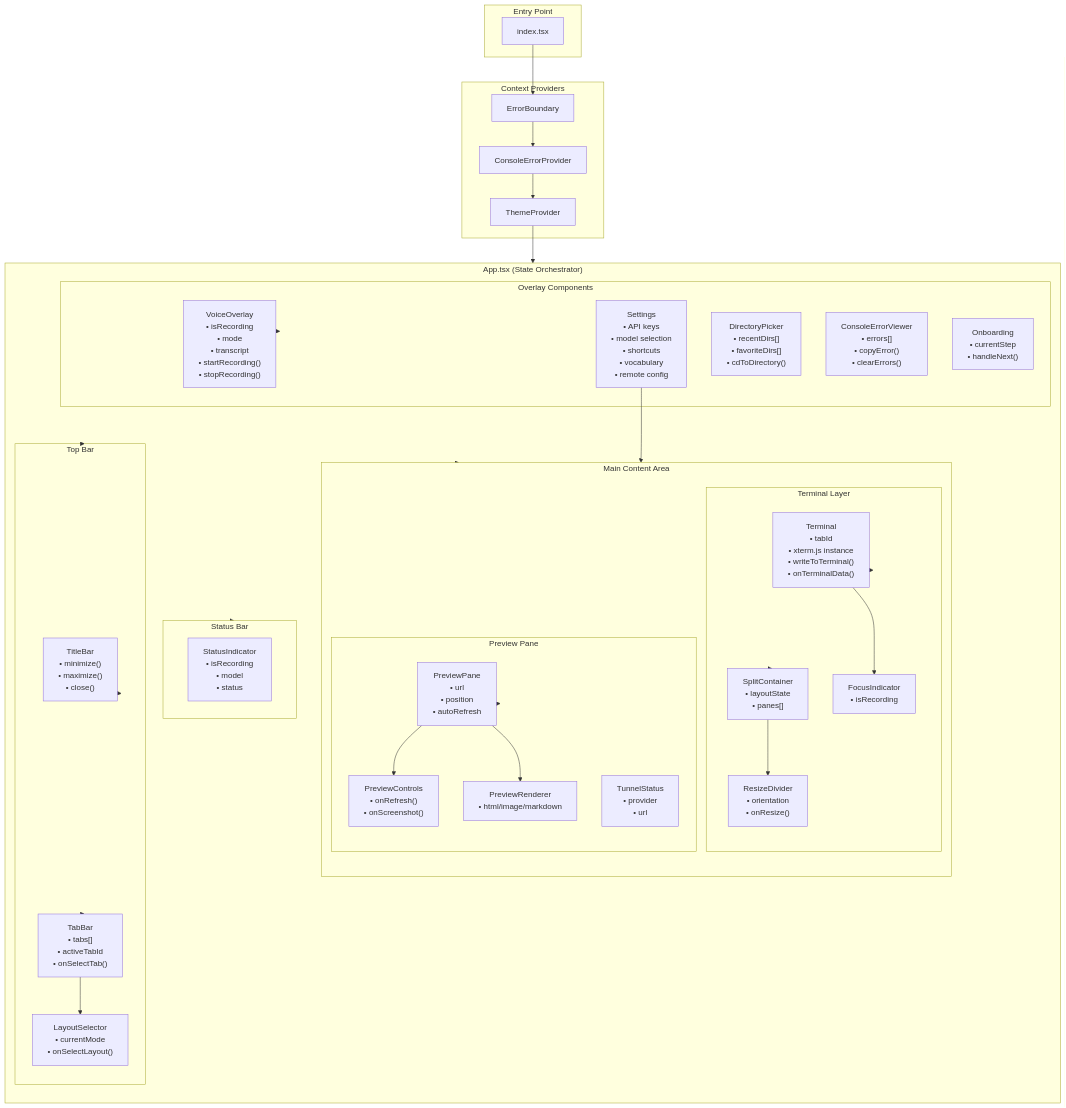
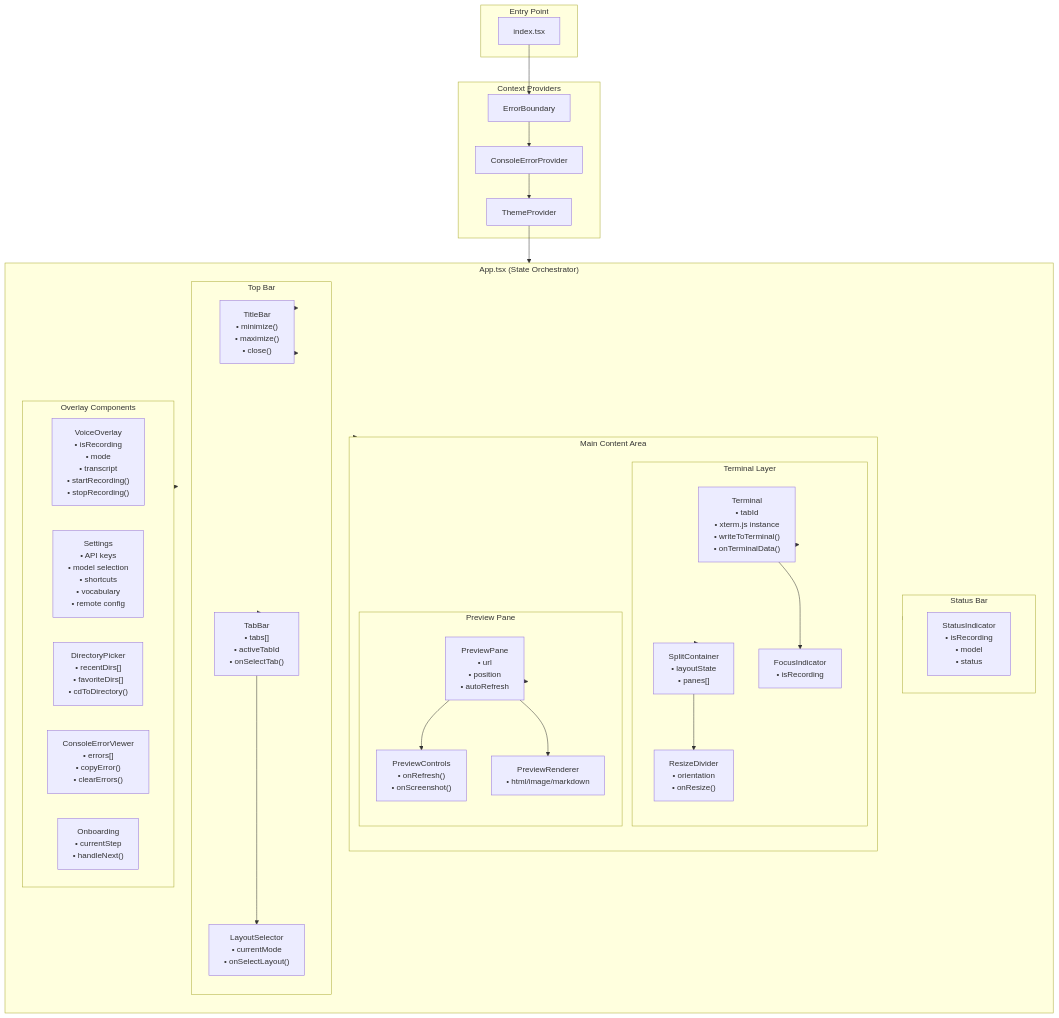
The fourth of 8 diagrams in docs/ARCHITECTURE.md (jamditis/audiobash), drawn with Mermaid before and after one commit. The commit also changed other lines of this file and 67 other files, not shown here.

````diff
--- a/docs/ARCHITECTURE.md
+++ b/docs/ARCHITECTURE.md
@@ -512,72 +497,70 @@
 ```mermaid
 flowchart TB
     subgraph Root["Entry Point"]
         Index["index.tsx"]
     end
 
     subgraph Providers["Context Providers"]
         EB["ErrorBoundary"]
         CEP["ConsoleErrorProvider"]
         TP["ThemeProvider"]
     end
 
     subgraph App["App.tsx (State Orchestrator)"]
         direction TB
 
         subgraph TopBar["Top Bar"]
             TitleBar["TitleBar<br/>• minimize()<br/>• maximize()<br/>• close()"]
             TabBar["TabBar<br/>• tabs[]<br/>• activeTabId<br/>• onSelectTab()"]
             LayoutSelector["LayoutSelector<br/>• currentMode<br/>• onSelectLayout()"]
         end
 
         subgraph MainContent["Main Content Area"]
             direction TB
 
             subgraph TerminalArea["Terminal Layer"]
                 Terminal["Terminal<br/>• tabId<br/>• xterm.js instance<br/>• writeToTerminal()<br/>• onTerminalData()"]
                 SplitContainer["SplitContainer<br/>• layoutState<br/>• panes[]"]
                 ResizeDivider["ResizeDivider<br/>• orientation<br/>• onResize()"]
                 FocusIndicator["FocusIndicator<br/>• isRecording"]
             end
 
             subgraph PreviewArea["Preview Pane"]
                 PreviewPane["PreviewPane<br/>• url<br/>• position<br/>• autoRefresh"]
                 PreviewControls["PreviewControls<br/>• onRefresh()<br/>• onScreenshot()"]
                 PreviewRenderer["PreviewRenderer<br/>• html/image/markdown"]
-                TunnelStatus["TunnelStatus<br/>• provider<br/>• url"]
             end
         end
 
         subgraph StatusArea["Status Bar"]
             StatusIndicator["StatusIndicator<br/>• isRecording<br/>• model<br/>• status"]
         end
 
         subgraph Overlays["Overlay Components"]
             VoiceOverlay["VoiceOverlay<br/>• isRecording<br/>• mode<br/>• transcript<br/>• startRecording()<br/>• stopRecording()"]
             Settings["Settings<br/>• API keys<br/>• model selection<br/>• shortcuts<br/>• vocabulary<br/>• remote config"]
             DirectoryPicker["DirectoryPicker<br/>• recentDirs[]<br/>• favoriteDirs[]<br/>• cdToDirectory()"]
             ConsoleErrorViewer["ConsoleErrorViewer<br/>• errors[]<br/>• copyError()<br/>• clearErrors()"]
             Onboarding["Onboarding<br/>• currentStep<br/>• handleNext()"]
         end
     end
 
     Index --> EB --> CEP --> TP --> App
     App --> TopBar
     App --> MainContent
     App --> StatusArea
     App --> Overlays
 
     TopBar --> TitleBar
     TopBar --> TabBar
     TabBar --> LayoutSelector
 
     TerminalArea --> Terminal
     TerminalArea --> SplitContainer
     SplitContainer --> ResizeDivider
     Terminal --> FocusIndicator
 
     PreviewArea --> PreviewPane
     PreviewPane --> PreviewControls
     PreviewPane --> PreviewRenderer
-    Settings --> TunnelStatus
 ```
````
